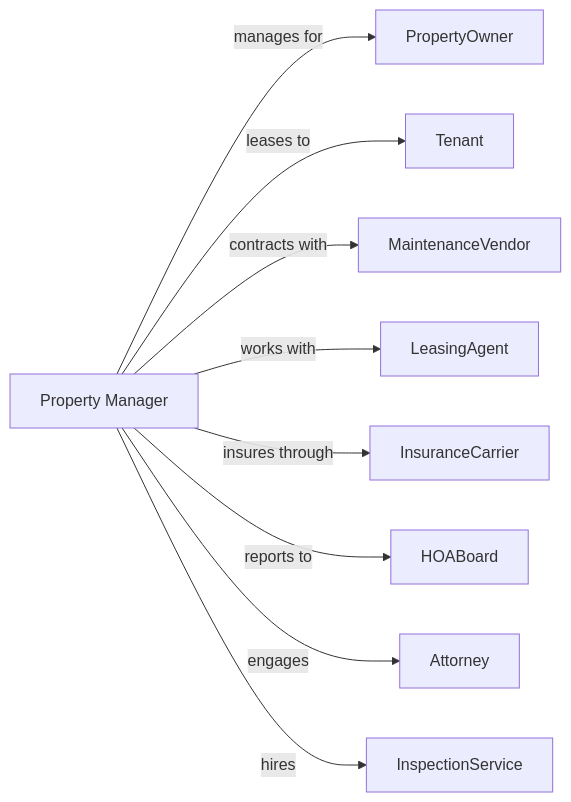
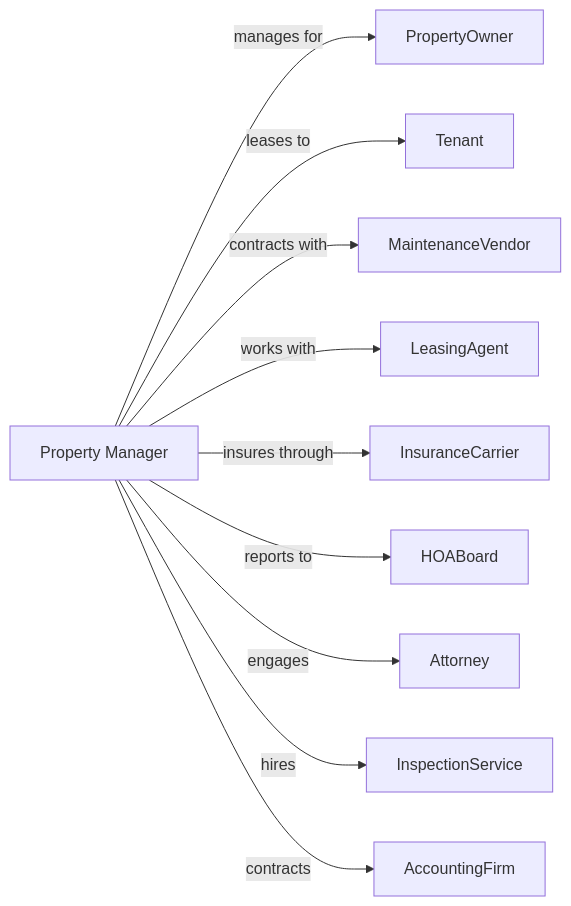
Before and after one commit to dot-org-ai/industries.org.ai: the second of 2 diagrams in RealEstate/RealEstate/ActivitiesRelatedToRealEstate/ResidentialPropertyManagers.mdx, drawn with Mermaid. The commit also changed other lines of this file and 588 other files, not shown here.

````diff
--- a/RealEstate/RealEstate/ActivitiesRelatedToRealEstate/ResidentialPropertyManagers.mdx
+++ b/RealEstate/RealEstate/ActivitiesRelatedToRealEstate/ResidentialPropertyManagers.mdx
@@ -137,13 +137,14 @@
 ```mermaid
 graph LR
     PM[Property Manager]
 
     PM -->|manages for| PropertyOwner
     PM -->|leases to| Tenant
     PM -->|contracts with| MaintenanceVendor
     PM -->|works with| LeasingAgent
     PM -->|insures through| InsuranceCarrier
     PM -->|reports to| HOABoard
     PM -->|engages| Attorney
     PM -->|hires| InspectionService
+    PM -->|contracts| AccountingFirm
 ```
````
